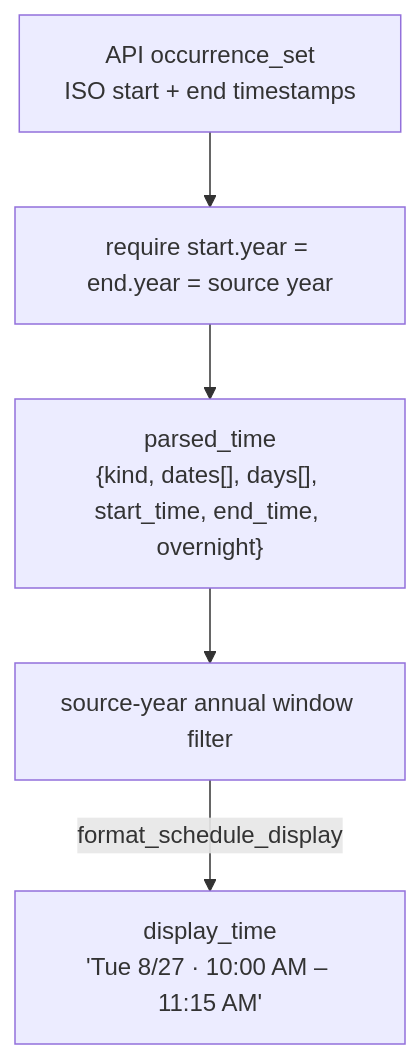
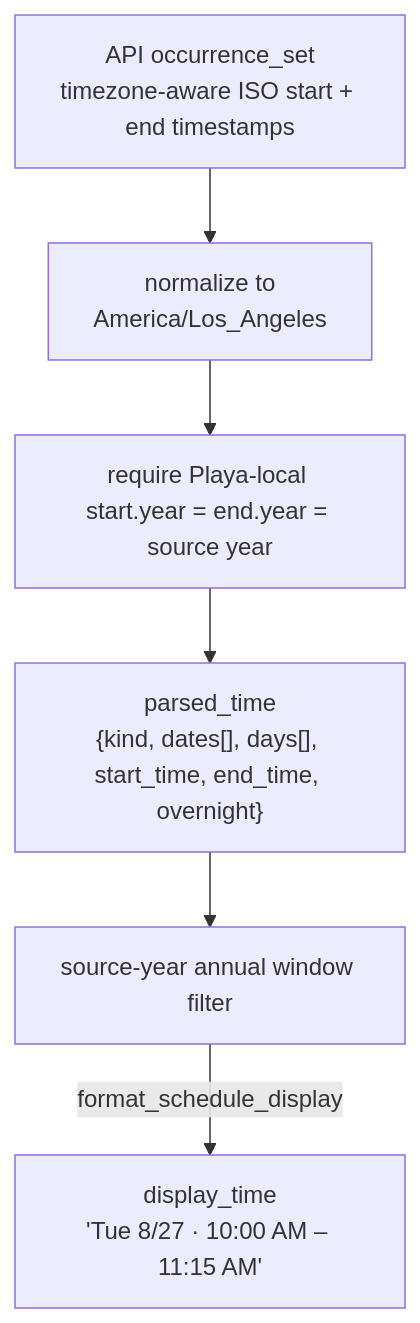
The first of 3 diagrams in docs/11-schedule-system.md (shreyaspurohit/playa), drawn with Mermaid before and after one commit. The commit also changed other lines of this file and 32 other files, not shown here.

````diff
--- a/docs/11-schedule-system.md
+++ b/docs/11-schedule-system.md
@@ -113,10 +112,11 @@
 ```mermaid
 flowchart TD
-  Raw["API occurrence_set<br>ISO start + end timestamps"]
-  Guard["require start.year = end.year = source year"]
+  Raw["API occurrence_set<br>timezone-aware ISO start + end timestamps"]
+  Playa["normalize to<br>America/Los_Angeles"]
+  Guard["require Playa-local start.year = end.year = source year"]
   Parsed["parsed_time<br>{kind, dates[], days[], start_time, end_time, overnight}"]
   Window["source-year annual window filter"]
   Display["display_time<br>'Tue 8/27 · 10:00 AM – 11:15 AM'"]
-  Raw --> Guard --> Parsed --> Window
+  Raw --> Playa --> Guard --> Parsed --> Window
   Window -->|"format_schedule_display"| Display
 ```
````
